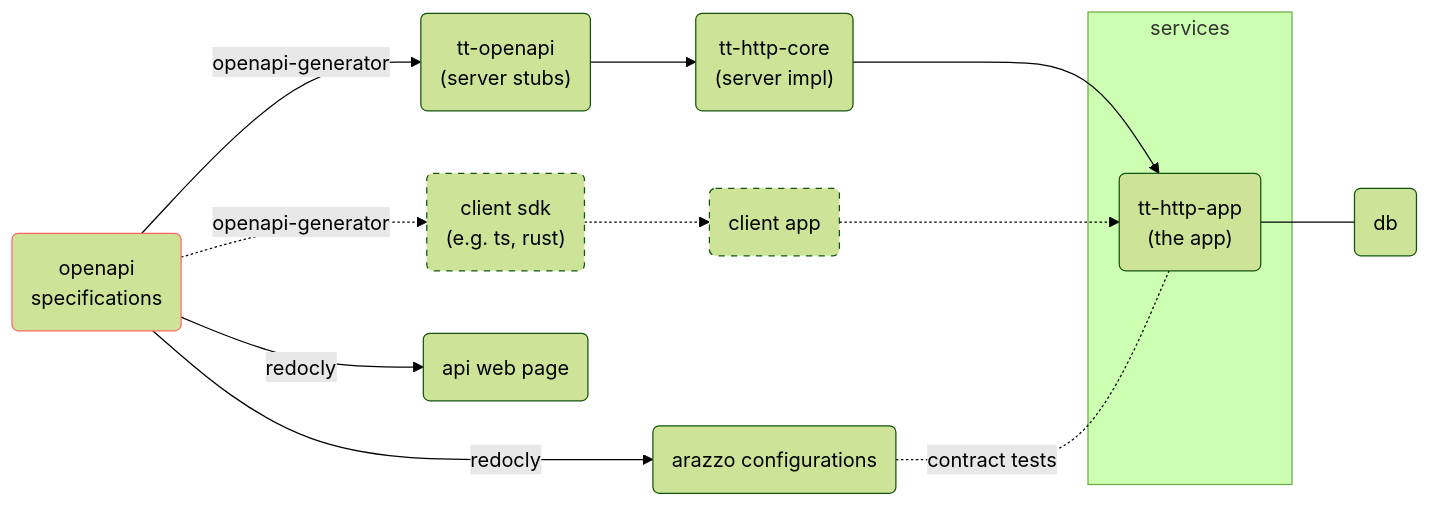
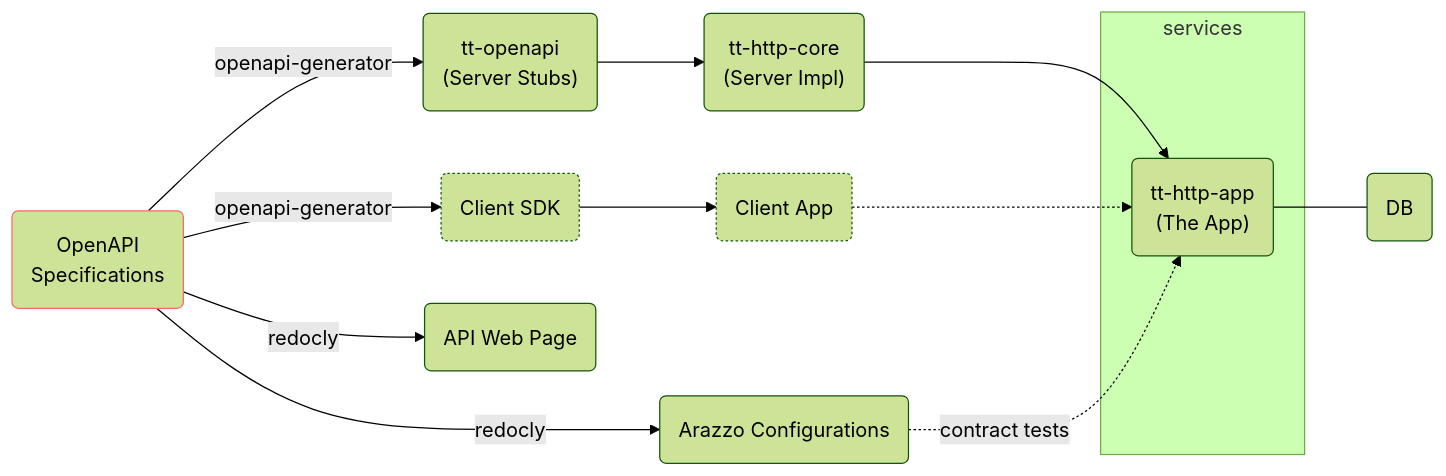
The diagram in README.md (whisperpine/tt), drawn with Mermaid (forest theme) before and after one commit.

Commit message:
docs: modify the flowchart in README.md

````diff
--- a/README.md
+++ b/README.md
@@ -20,32 +20,32 @@
 ```mermaid
 flowchart LR
-  oas(openapi<br>specifications):::red_stroke
-  ttopen("tt-openapi<br>(server stubs)")
-  ttcore("tt-http-core<br>(server impl)")
-  csdk("client sdk<br>(e.g. ts, rust)")
-  cc("client app")
-  arazzo("arazzo configurations")
-  web("api web page")
+  oas(OpenAPI<br>Specifications):::red_stroke
+  ttopen("tt-openapi<br>(Server Stubs)")
+  ttcore("tt-http-core<br>(Server Impl)")
+  csdk("Client SDK")
+  cc("Client App")
+  arazzo("Arazzo Configurations")
+  web("API Web Page")
 
   oas -->|openapi-generator| ttopen
   ttopen --> ttcore
   ttcore --> ttapp
-  oas -.->|openapi-generator| csdk
-  csdk -.-> cc
+  oas -->|openapi-generator| csdk
+  csdk --> cc
   cc -.-> ttapp
   oas -->|redocly| arazzo
-  arazzo -.-|contract tests| ttapp
+  arazzo -.->|contract tests| ttapp
   oas -->|redocly| web
 
   subgraph services
-    ttapp("tt-http-app<br>(the app)")
+    ttapp("tt-http-app<br>(The App)")
 
   end
 
-  db("db")
+  db("DB")
   ttapp --- db
 
   classDef red_stroke stroke: #f66
-  style csdk stroke-dasharray: 5
-  style cc stroke-dasharray: 5
+  style csdk stroke-dasharray: 2
+  style cc stroke-dasharray: 2
 ```
````
